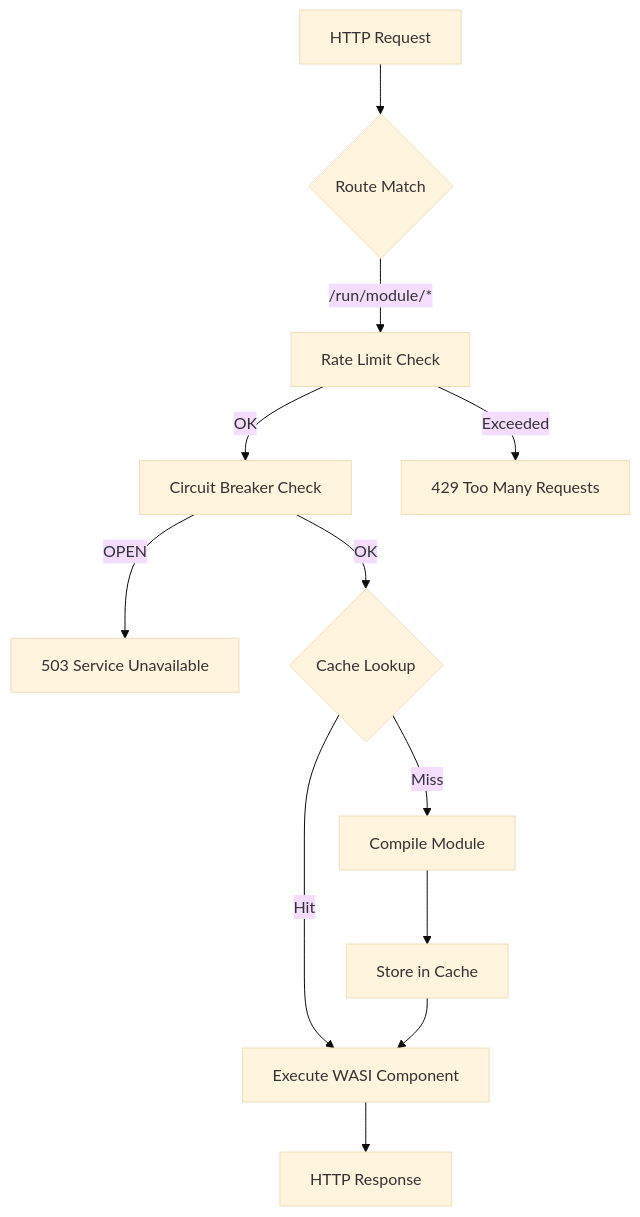
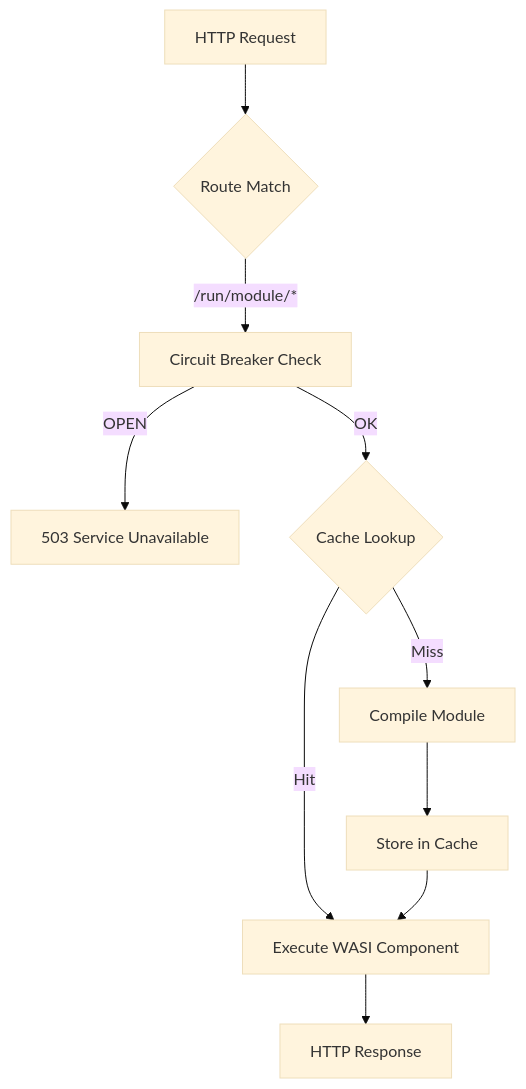
One commit to dufeutech/mik changed the second of 5 diagrams in docs/src/content/docs/reference/architecture.mdx. Above: the diagram before and after it, drawn with Mermaid (base theme). The commit also changed other lines of this file and 12 other files, not shown here.

````diff
--- a/docs/src/content/docs/reference/architecture.mdx
+++ b/docs/src/content/docs/reference/architecture.mdx
@@ -50,14 +48,12 @@
 ```mermaid
 flowchart TD
     A[HTTP Request] --> B{Route Match}
-    B -->|/run/module/*| C[Rate Limit Check]
-    C -->|OK| D[Circuit Breaker Check]
-    C -->|Exceeded| X1[429 Too Many Requests]
+    B -->|/run/module/*| D[Circuit Breaker Check]
     D -->|OPEN| X2[503 Service Unavailable]
     D -->|OK| E{Cache Lookup}
     E -->|Hit| F[Execute WASI Component]
     E -->|Miss| G[Compile Module]
     G --> H[Store in Cache]
     H --> F
     F --> I[HTTP Response]
 ```
````
